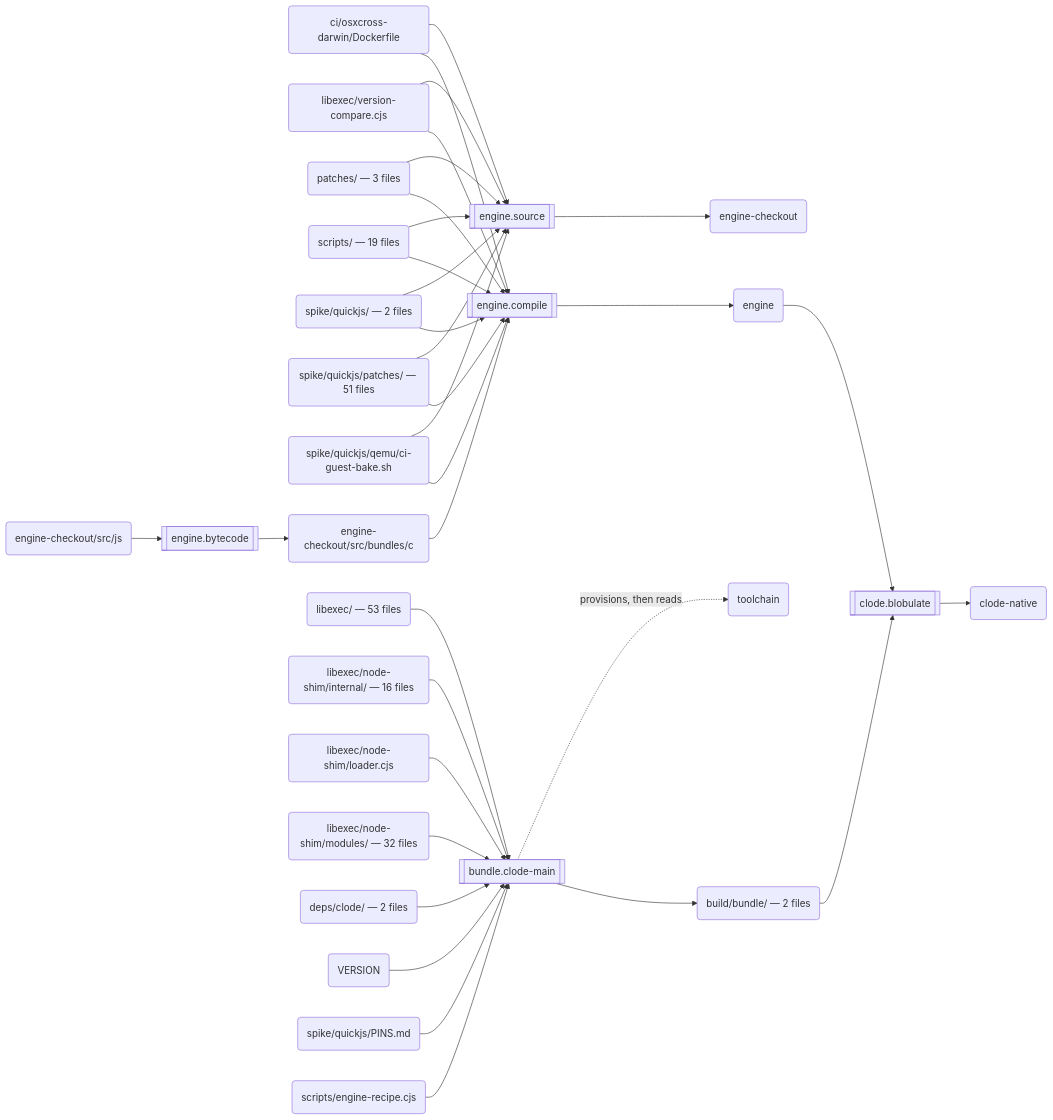
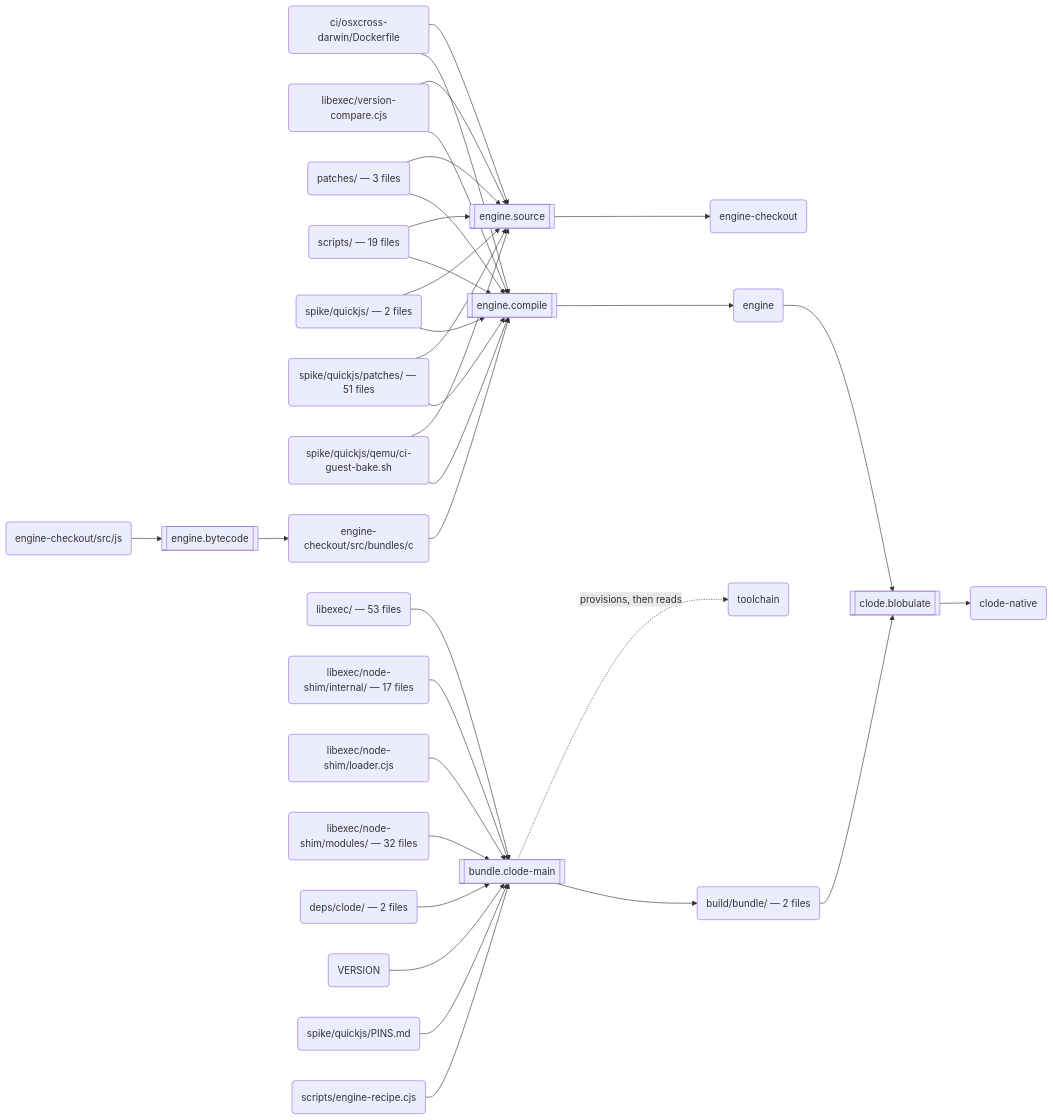
Before and after one commit to schmonz/clode: the second of 3 diagrams in docs/build.md, drawn with Mermaid. The commit also changed 9 other files, not shown here.

````diff
--- a/docs/build.md
+++ b/docs/build.md
@@ -123,62 +123,62 @@
 ```mermaid
 flowchart LR
   s0[["engine.source"]]
   a0("ci/osxcross-darwin/Dockerfile")
   a1("libexec/version-compare.cjs")
   a2("patches/ — 3 files")
   a3("scripts/ — 19 files")
   a4("spike/quickjs/ — 2 files")
   a5("spike/quickjs/patches/ — 51 files")
   a6("spike/quickjs/qemu/ci-guest-bake.sh")
   a7("engine-checkout")
   s1[["engine.bytecode"]]
   a8("engine-checkout/src/js")
   a9("engine-checkout/src/bundles/c")
   s2[["engine.compile"]]
   a10("engine")
   s3[["bundle.clode-main"]]
   a11("libexec/ — 53 files")
-  a12("libexec/node-shim/internal/ — 16 files")
+  a12("libexec/node-shim/internal/ — 17 files")
   a13("libexec/node-shim/loader.cjs")
   a14("libexec/node-shim/modules/ — 32 files")
   a15("deps/clode/ — 2 files")
   a16("VERSION")
   a17("spike/quickjs/PINS.md")
   a18("scripts/engine-recipe.cjs")
   a19("toolchain")
   a20("build/bundle/ — 2 files")
   s4[["clode.blobulate"]]
   a21("clode-native")
   a0 --> s0
   a1 --> s0
   a2 --> s0
   a3 --> s0
   a4 --> s0
   a5 --> s0
   a6 --> s0
   s0 --> a7
   a8 --> s1
   s1 --> a9
   a9 --> s2
   a0 --> s2
   a1 --> s2
   a2 --> s2
   a3 --> s2
   a4 --> s2
   a5 --> s2
   a6 --> s2
   s2 --> a10
   a11 --> s3
   a12 --> s3
   a13 --> s3
   a14 --> s3
   a15 --> s3
   a16 --> s3
   a17 --> s3
   a18 --> s3
   s3 -.->|"provisions, then reads"| a19
   s3 --> a20
   a10 --> s4
   a20 --> s4
   s4 --> a21
 ```
````
